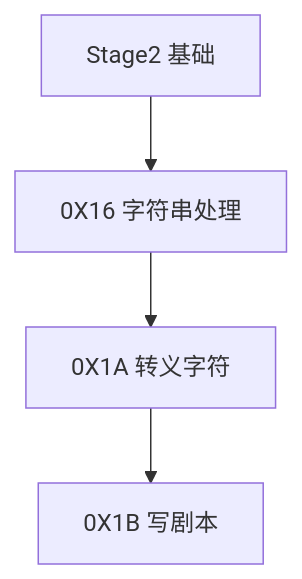
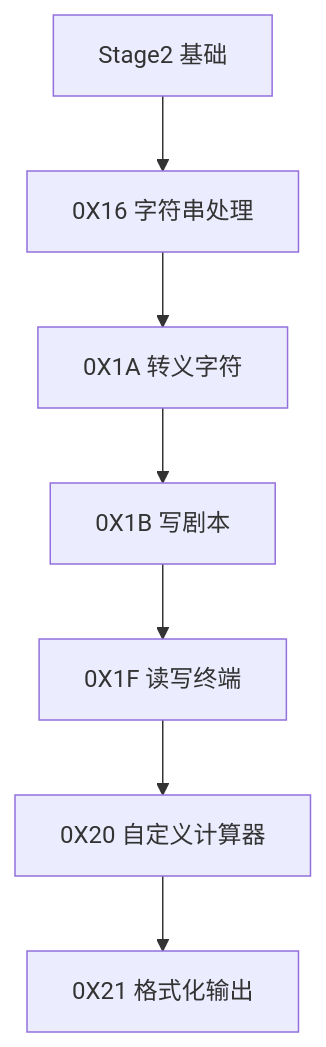
One commit to ZhiZe-ZG/TXLuaLesson changed the fifth of 8 diagrams in 目录.md. Above: the diagram before and after it, drawn with Mermaid. The commit also changed other lines of this file and 3 other files, not shown here.

````diff
--- a/目录.md
+++ b/目录.md
@@ -134,11 +132,17 @@
 ```mermaid
 graph TD;
     S2[Stage2 基础]
     C16[0X16 字符串处理]
     C1A[0X1A 转义字符]
     C1B[0X1B 写剧本]
+    C1F[0X1F 读写终端]
+    C20[0X20 自定义计算器]
+    C21[0X21 格式化输出]
 
     S2-->C16
     C16-->C1A
     C1A-->C1B
+    C1B-->C1F
+    C1F-->C20
+    C20-->C21
 ```
````
